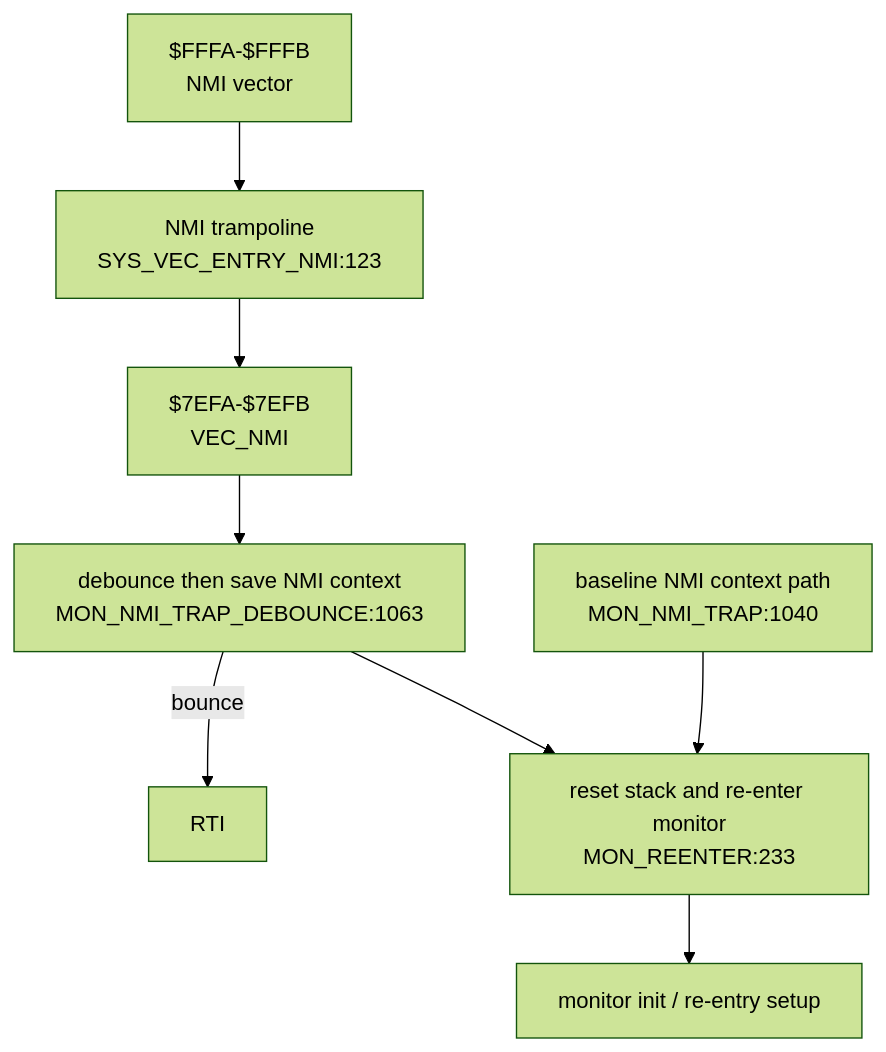
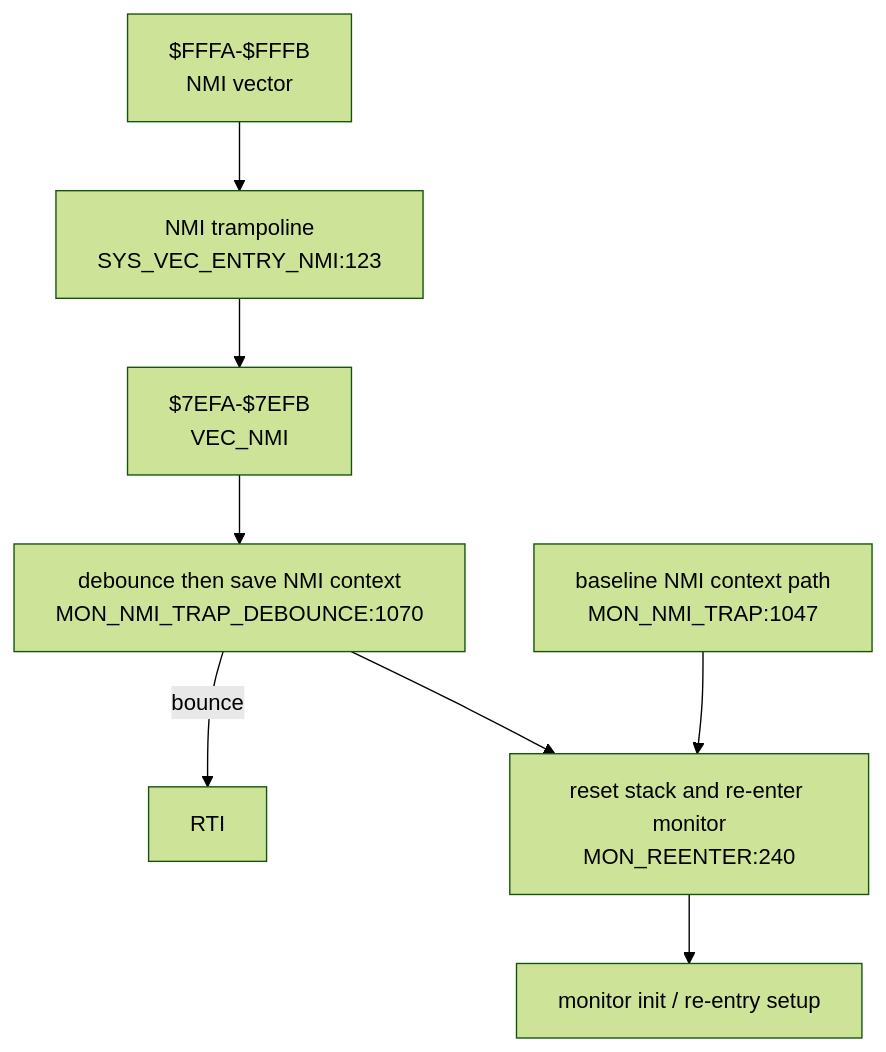
Before and after one commit to 95westus/R-YORS: the fourth of 6 diagrams in DOC/GENERATED/INTERRUPT_VECTOR_MAP.md, drawn with Mermaid (forest theme). The commit also changed other lines of this file and 32 other files, not shown here.

````diff
--- a/DOC/GENERATED/INTERRUPT_VECTOR_MAP.md
+++ b/DOC/GENERATED/INTERRUPT_VECTOR_MAP.md
@@ -62,10 +62,10 @@
 ```mermaid
 flowchart TD
     NMIV["$FFFA-$FFFB<br/>NMI vector"] --> NMIENTRY["NMI trampoline<br/>SYS_VEC_ENTRY_NMI:123"]
     NMIENTRY --> VECNMI["$7EFA-$7EFB<br/>VEC_NMI"]
-    VECNMI --> NMITRAP["debounce then save NMI context<br/>MON_NMI_TRAP_DEBOUNCE:1063"]
+    VECNMI --> NMITRAP["debounce then save NMI context<br/>MON_NMI_TRAP_DEBOUNCE:1070"]
     NMITRAP -->|bounce| RTINMI["RTI"]
-    NMITRAP --> REENTER["reset stack and re-enter monitor<br/>MON_REENTER:233"]
-    NMIBASE["baseline NMI context path<br/>MON_NMI_TRAP:1040"] --> REENTER
+    NMITRAP --> REENTER["reset stack and re-enter monitor<br/>MON_REENTER:240"]
+    NMIBASE["baseline NMI context path<br/>MON_NMI_TRAP:1047"] --> REENTER
     REENTER --> INIT["monitor init / re-entry setup"]
 ```
````
